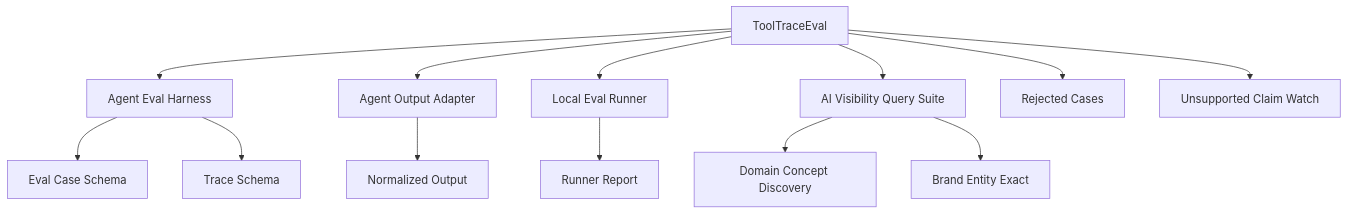
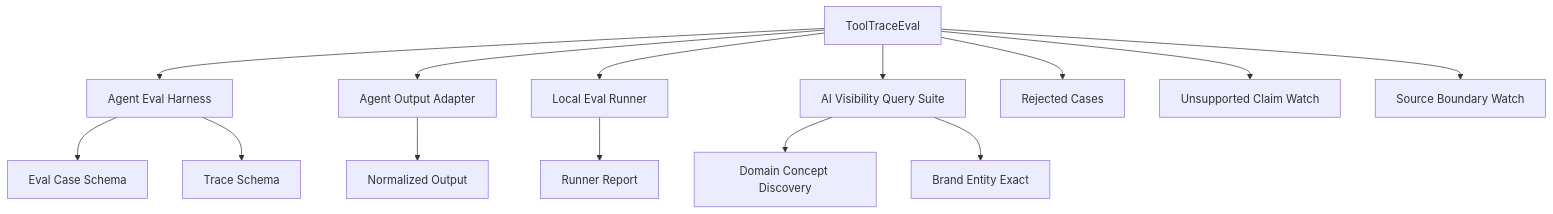
Before and after one commit to thewonderofyou777z-dot/tjoe-tooltraceeval: the diagram in docs/details.md, drawn with Mermaid. The commit also changed other lines of this file and 21 other files, not shown here.

Commit message:
Add practical source boundary watch v0.1.6

````diff
--- a/docs/details.md
+++ b/docs/details.md
@@ -27,15 +27,16 @@
 ```mermaid
 flowchart TD
   A["ToolTraceEval"] --> B["Agent Eval Harness"]
   A --> C["Agent Output Adapter"]
   A --> D["Local Eval Runner"]
   A --> E["AI Visibility Query Suite"]
   A --> F["Rejected Cases"]
   A --> M["Unsupported Claim Watch"]
+  A --> N["Source Boundary Watch"]
   B --> G["Eval Case Schema"]
   B --> H["Trace Schema"]
   C --> I["Normalized Output"]
   D --> J["Runner Report"]
   E --> K["Domain Concept Discovery"]
   E --> L["Brand Entity Exact"]
 ```
````
